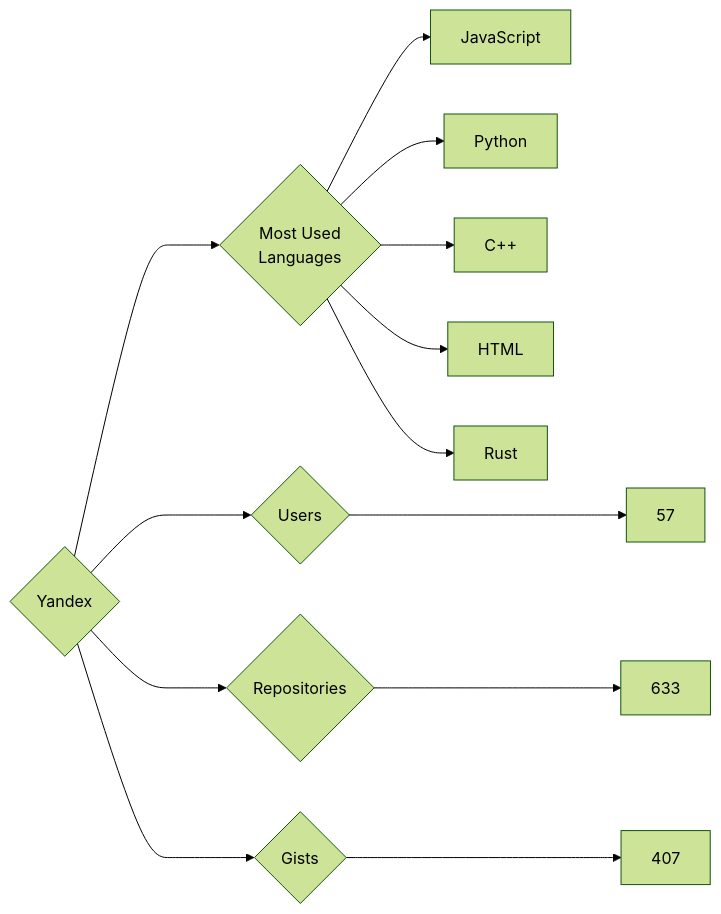
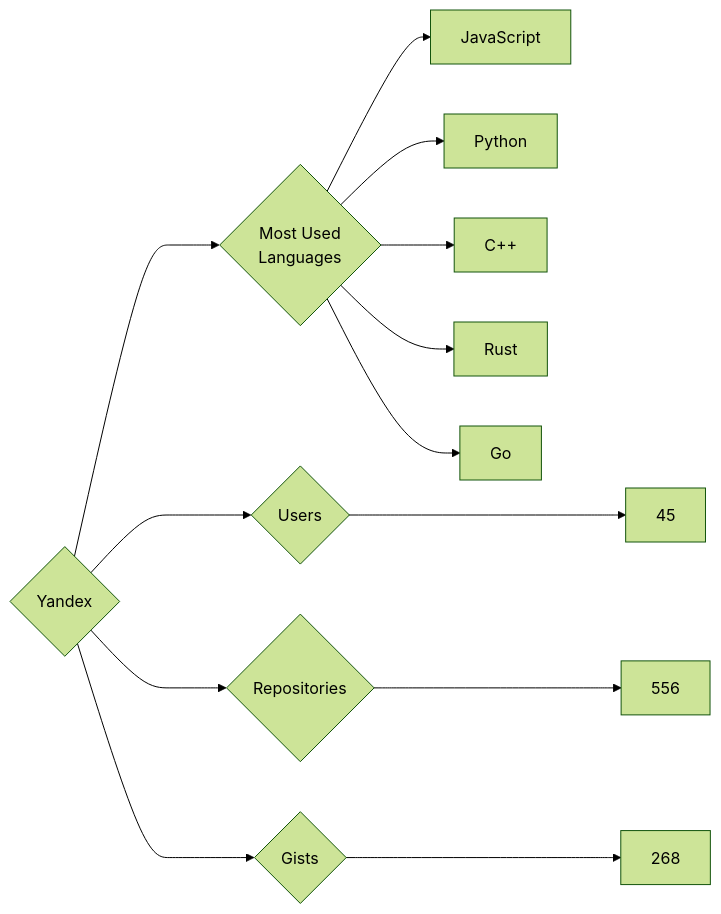
Before and after one commit to trickest/insiders: the diagram in targets/Yandex/README.md, drawn with Mermaid (forest theme). The commit also changed 797 other files, not shown here.

````diff
--- a/targets/Yandex/README.md
+++ b/targets/Yandex/README.md
@@ -3,13 +3,13 @@
 ```mermaid
 graph LR
 COMPANY_NAME{Yandex}
-COMPANY_NAME ---> U{Users} ---> UN[57]
-COMPANY_NAME ---> R{Repositories} ---> RN[633]
-COMPANY_NAME ---> G{Gists} ---> GN[407]
+COMPANY_NAME ---> U{Users} ---> UN[45]
+COMPANY_NAME ---> R{Repositories} ---> RN[556]
+COMPANY_NAME ---> G{Gists} ---> GN[268]
 COMPANY_NAME ---> ML{Most Used<br>Languages}
 ML --> JavaScript[JavaScript]
 ML --> Python[Python]
 ML --> C++[C++]
-ML --> HTML[HTML]
 ML --> Rust[Rust]
+ML --> Go[Go]
 ```
````
